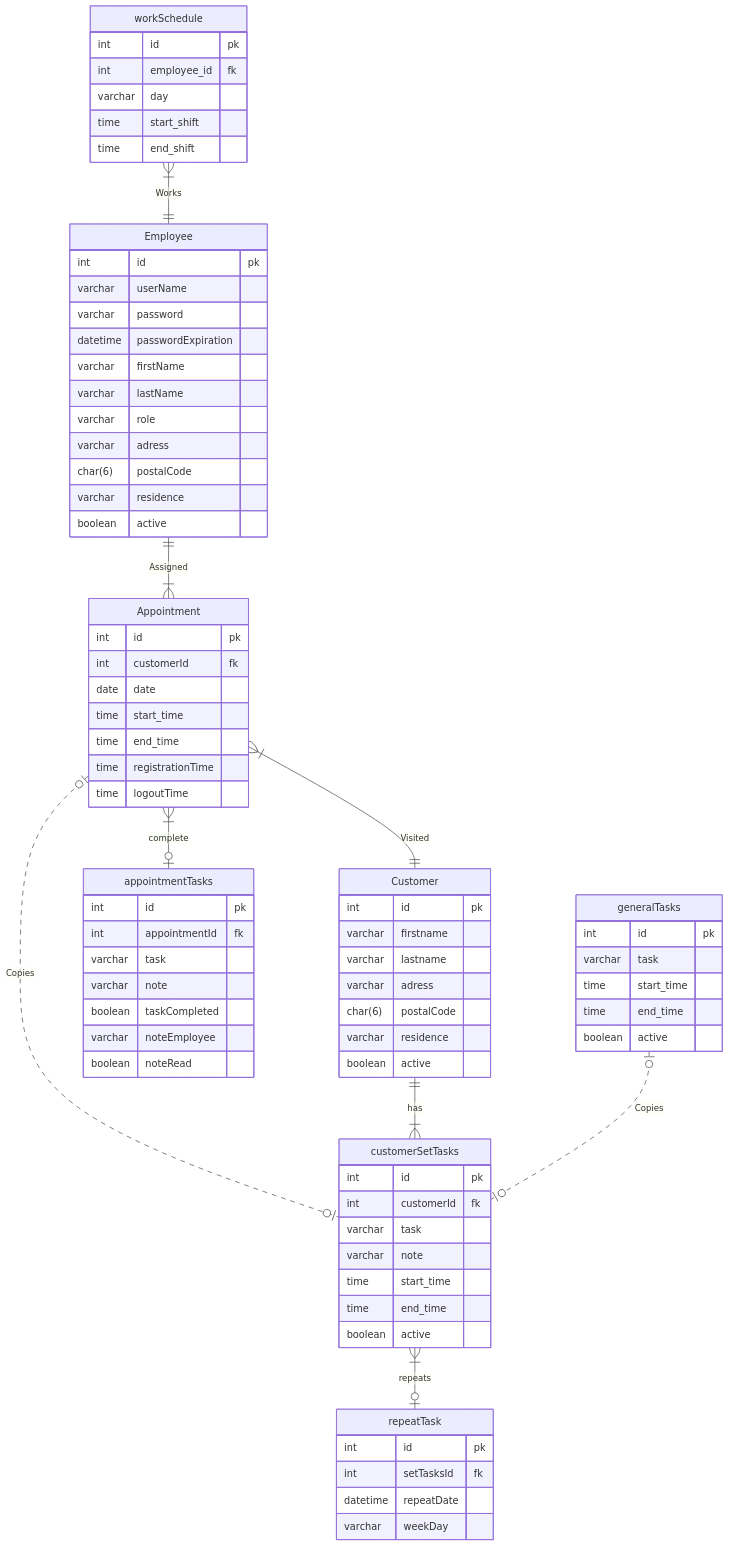
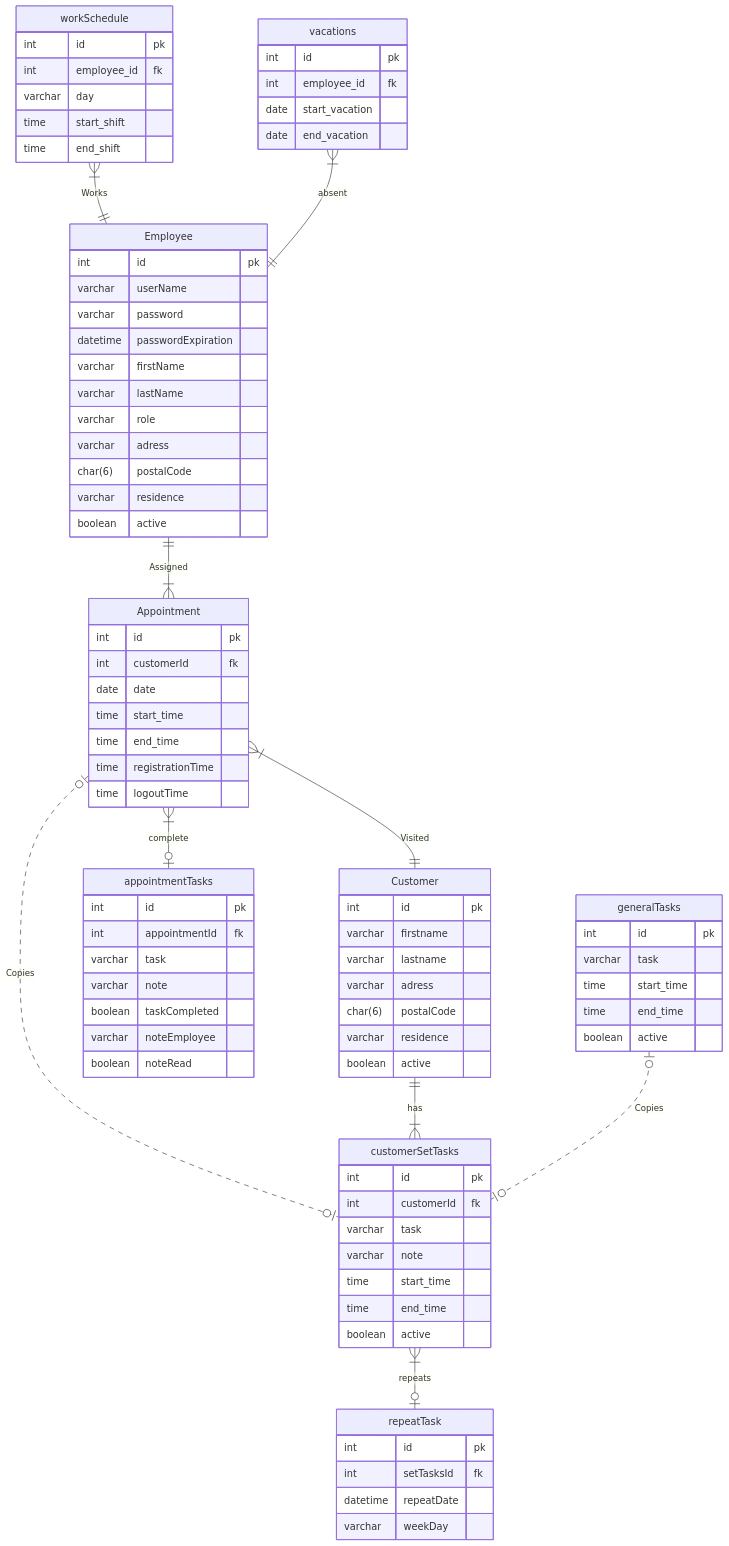
One commit to Educom-Trainees/educom-zorgApp changed the diagram in documentation/ERD.md. Above: the diagram before and after it, drawn with Mermaid.

```diff
--- a/documentation/ERD.md
+++ b/documentation/ERD.md
@@ -23,6 +23,14 @@
   varchar day
   time start_shift
   time end_shift
+  }
+
+  vacations }|--|| Employee : absent
+  vacations{
+  int id pk
+  int employee_id fk
+  date start_vacation
+  date end_vacation
   }
 
 
```
